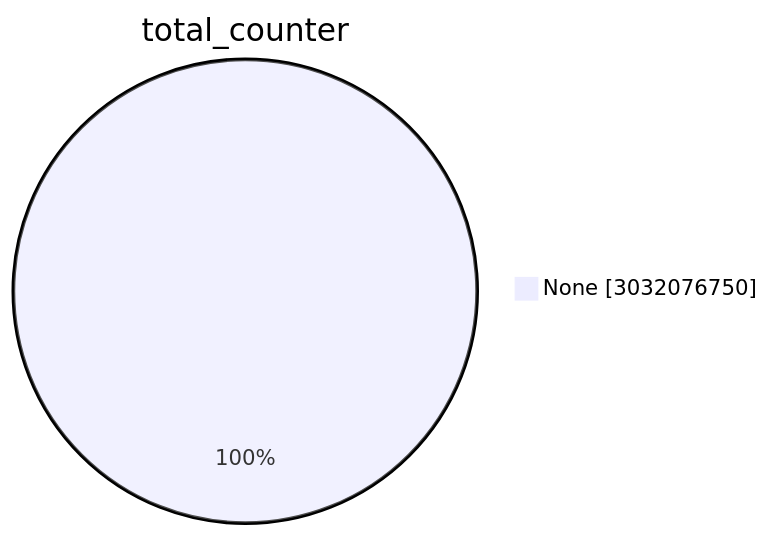
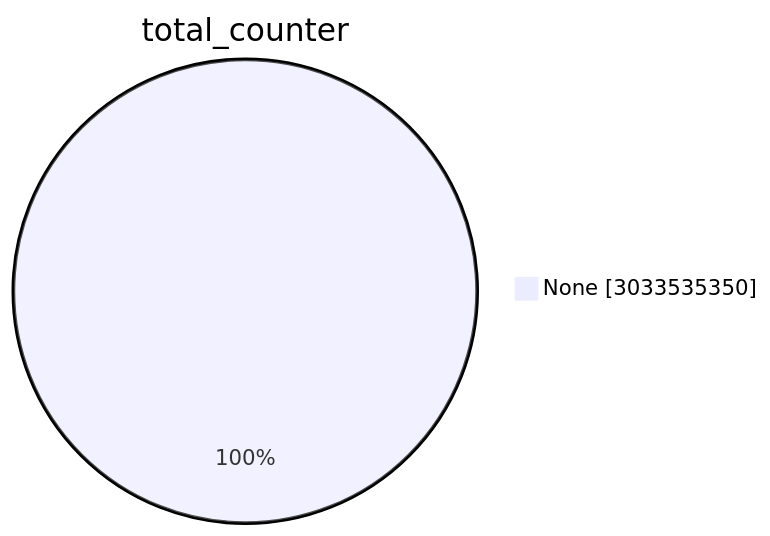
Before and after one commit to christiankrug/ctmonitor_visualization: the first of 15 diagrams in TOTAL/README.md, drawn with Mermaid. The commit also changed other lines of this file, not shown here.

````diff
--- a/TOTAL/README.md
+++ b/TOTAL/README.md
@@ -1,5 +1,5 @@
 ```mermaid
 pie showData
 title total_counter
-"None" :3032076750
+"None" :3033535350
 ```
````
